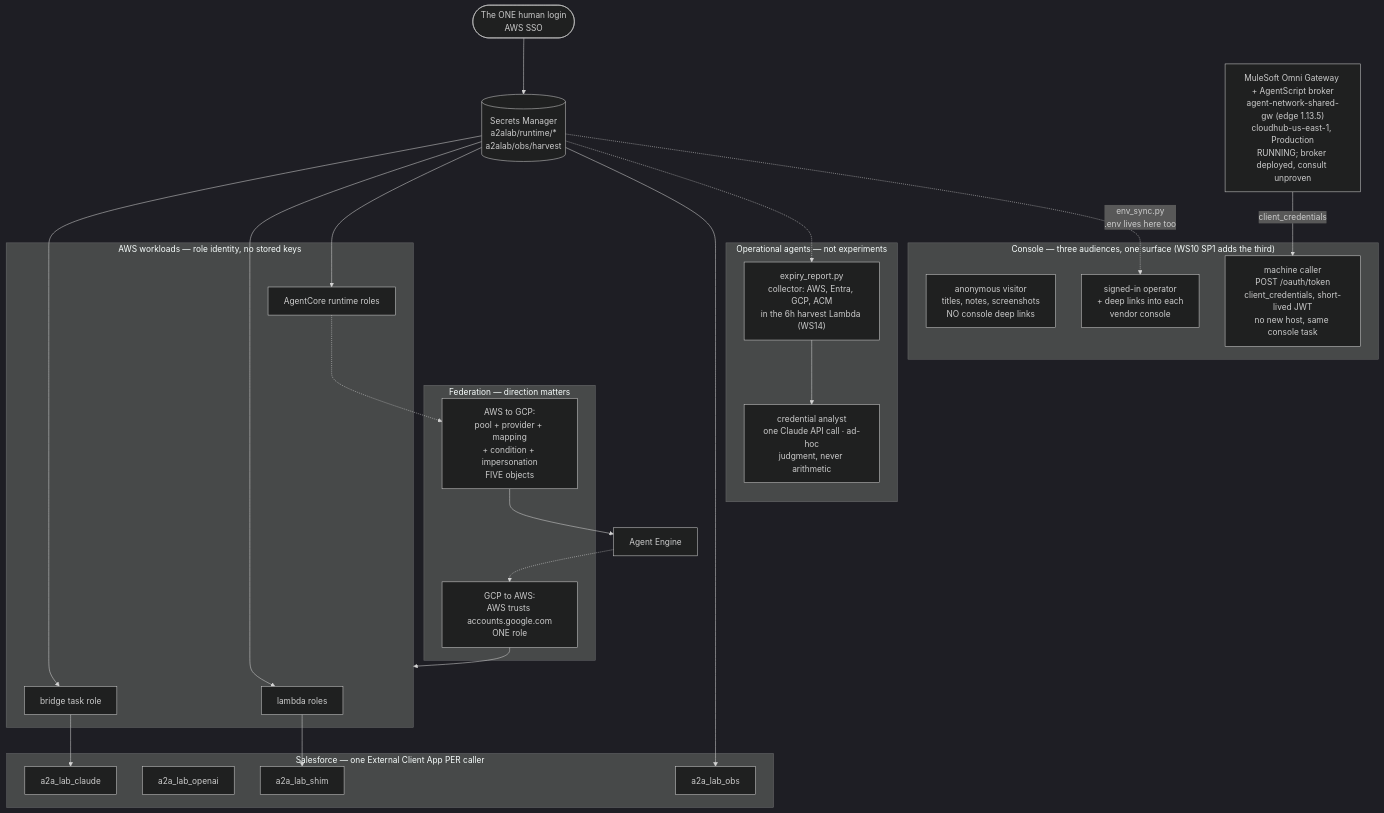
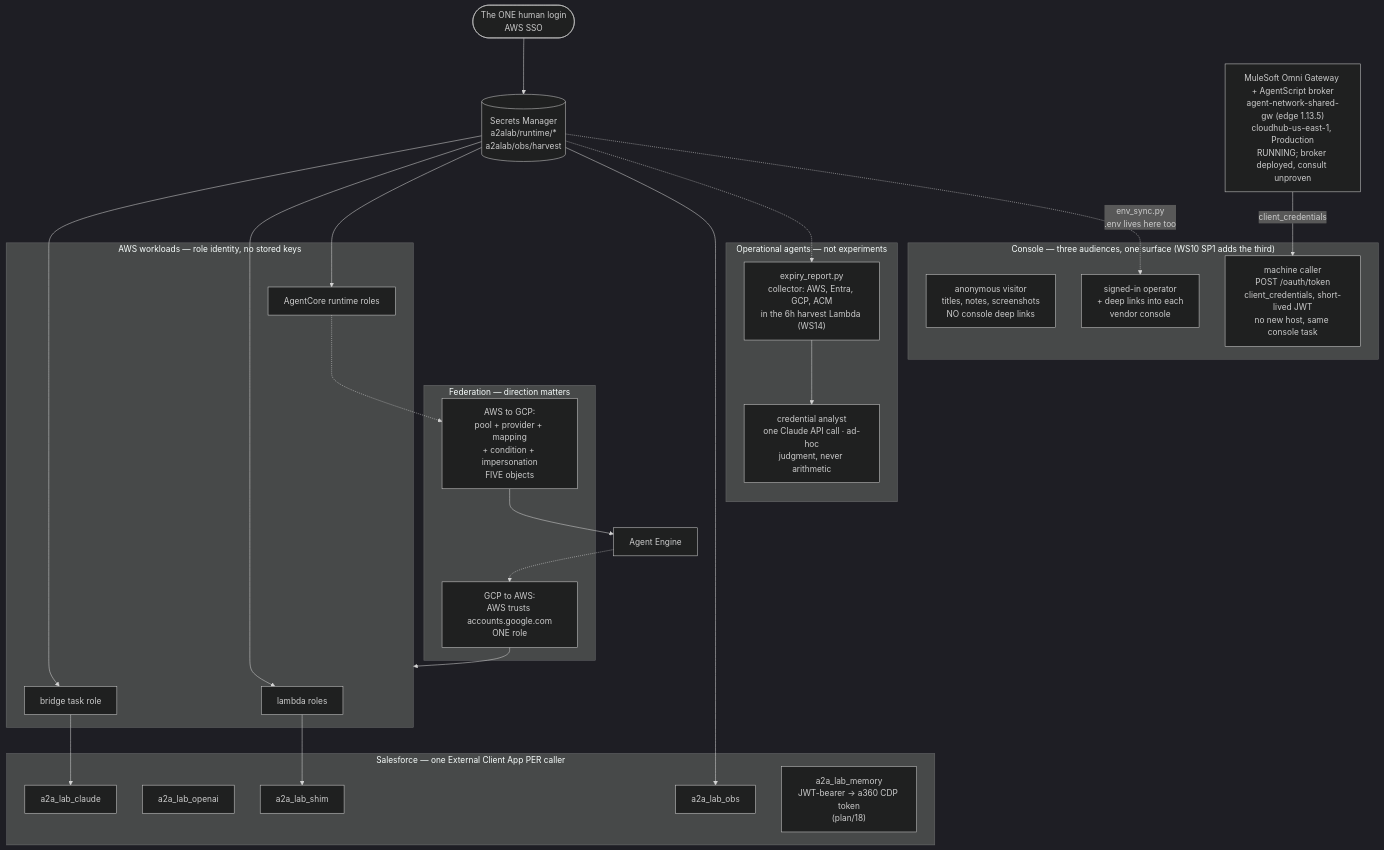
One commit to congmingwudi/a2a-lab changed the sixth of 11 diagrams in plan/09-deployment-map.md. Above: the diagram before and after it, drawn with Mermaid (dark theme). The commit also changed other lines of this file and 29 other files, not shown here.

````diff
--- a/plan/09-deployment-map.md
+++ b/plan/09-deployment-map.md
@@ -382,50 +394,51 @@
 ```mermaid
 flowchart TB
   HUMAN(["The ONE human login<br/>AWS SSO"])
   HUMAN --> SM[("Secrets Manager<br/>a2alab/runtime/*<br/>a2alab/obs/harvest")]
 
   subgraph AWSID["AWS workloads — role identity, no stored keys"]
     TR["bridge task role"]
     LR["lambda roles"]
     AR["AgentCore runtime roles"]
   end
   SM --> TR
   SM --> LR
   SM --> AR
 
   subgraph SFID["Salesforce — one External Client App PER caller"]
     E1["a2a_lab_claude"]
     E2["a2a_lab_openai"]
     E3["a2a_lab_shim"]
     E4["a2a_lab_obs"]
+    E5["a2a_lab_memory<br/>JWT-bearer → a360 CDP token<br/>(plan/18)"]
   end
   TR --> E1
   LR --> E3
   SM --> E4
 
   subgraph FED["Federation — direction matters"]
     G2A["GCP to AWS:<br/>AWS trusts accounts.google.com<br/>ONE role"]
     A2G["AWS to GCP:<br/>pool + provider + mapping<br/>+ condition + impersonation<br/>FIVE objects"]
   end
   AR -.-> A2G
   A2G --> ADKX["Agent Engine"]
   ADKX -.-> G2A
   G2A --> AWSID
 
   subgraph OPS["Operational agents — not experiments"]
     EXP["expiry_report.py<br/>collector: AWS, Entra, GCP, ACM<br/>in the 6h harvest Lambda (WS14)"]
     CANA["credential analyst<br/>one Claude API call · ad-hoc<br/>judgment, never arithmetic"]
     EXP --> CANA
   end
   SM -.-> EXP
 
   subgraph PUB["Console — three audiences, one surface (WS10 SP1 adds the third)"]
     ANON["anonymous visitor<br/>titles, notes, screenshots<br/>NO console deep links"]
     OPER["signed-in operator<br/>+ deep links into each<br/>vendor console"]
     MACH["machine caller<br/>POST /oauth/token<br/>client_credentials, short-lived JWT<br/>no new host, same console task"]
   end
   SM -.->|"env_sync.py<br/>.env lives here too"| OPER
 
   MULE["MuleSoft Omni Gateway + AgentScript broker<br/>agent-network-shared-gw (edge 1.13.5)<br/>cloudhub-us-east-1, Production<br/>RUNNING; broker deployed, consult unproven"]
   MULE -->|"client_credentials"| MACH
 ```
````
